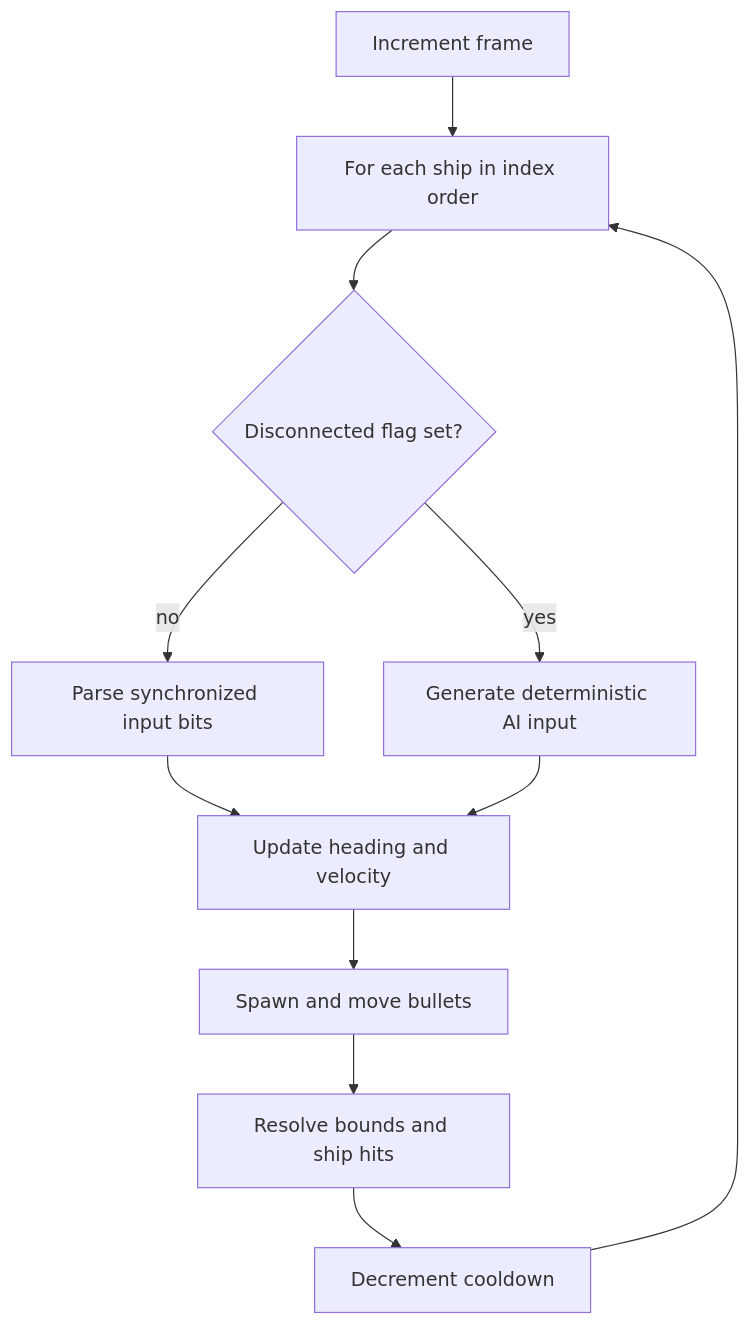
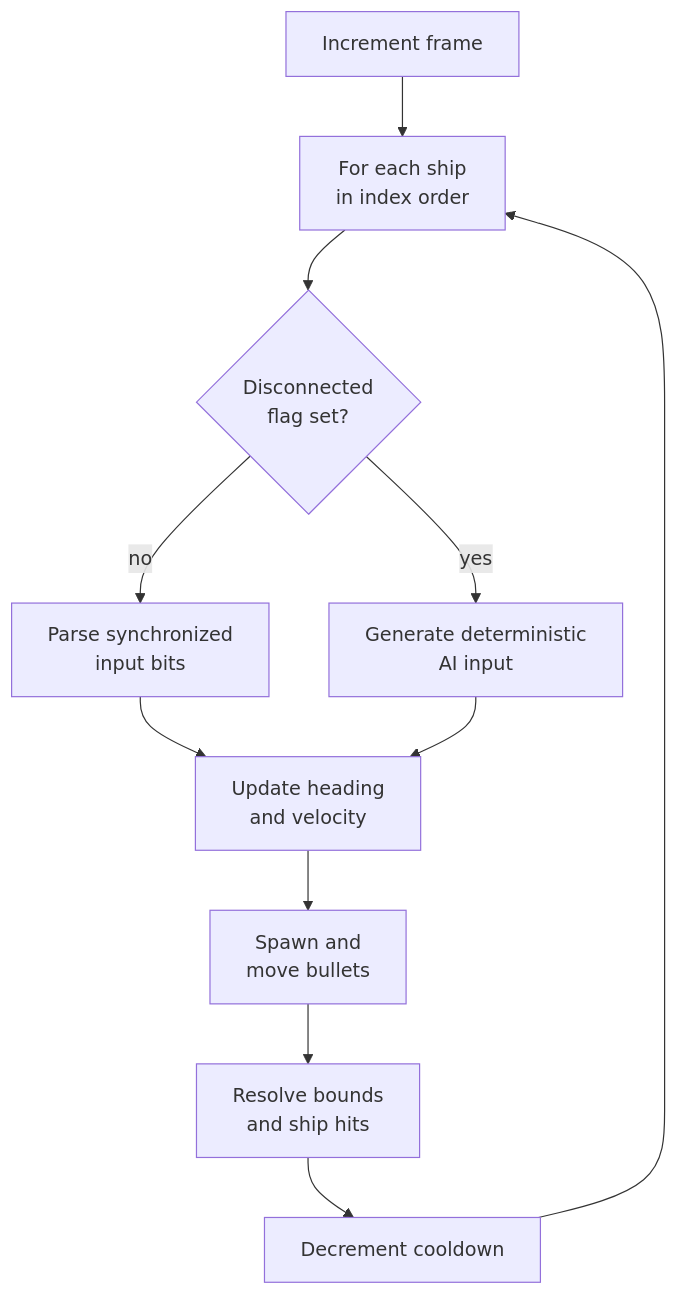
One commit to irregularthanis/ggpo-next changed the sixth of 7 diagrams in doc/architecture/VectorWar.md. Above: the diagram before and after it, drawn with Mermaid. The commit also changed other lines of this file and 9 other files, not shown here.

Commit message:
docs: wrap Mermaid diagram labels

````diff
--- a/doc/architecture/VectorWar.md
+++ b/doc/architecture/VectorWar.md
@@ -265,17 +265,17 @@
 ```mermaid
 flowchart TD
     Frame["Increment frame"]
-    Ship["For each ship in index order"]
-    Connected{"Disconnected flag set?"}
-    Input["Parse synchronized input bits"]
-    AI["Generate deterministic AI input"]
-    Move["Update heading and velocity"]
-    Bullets["Spawn and move bullets"]
-    Collide["Resolve bounds and ship hits"]
+    Ship["For each ship<br/>in index order"]
+    Connected{"Disconnected<br/>flag set?"}
+    Input["Parse synchronized<br/>input bits"]
+    AI["Generate deterministic<br/>AI input"]
+    Move["Update heading<br/>and velocity"]
+    Bullets["Spawn and<br/>move bullets"]
+    Collide["Resolve bounds<br/>and ship hits"]
     Cooldown["Decrement cooldown"]
 
     Frame --> Ship --> Connected
     Connected -->|"no"| Input --> Move
     Connected -->|"yes"| AI --> Move
     Move --> Bullets --> Collide --> Cooldown --> Ship
 ```
````
